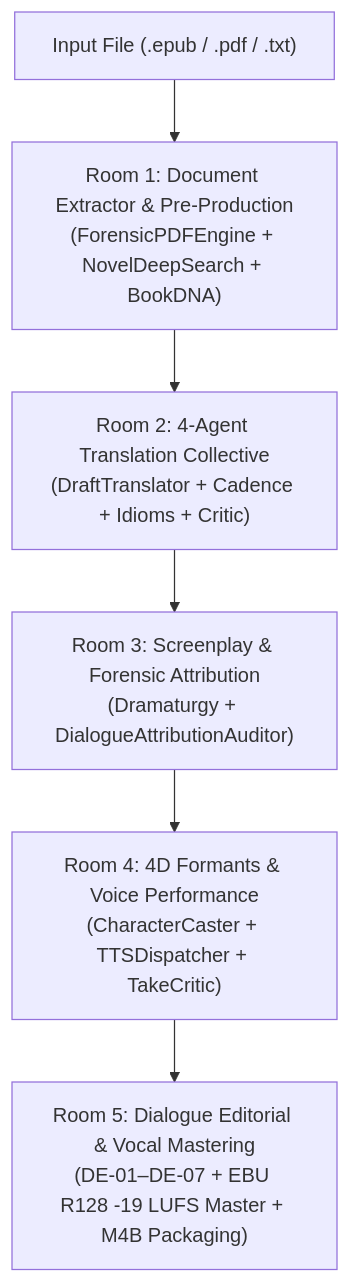
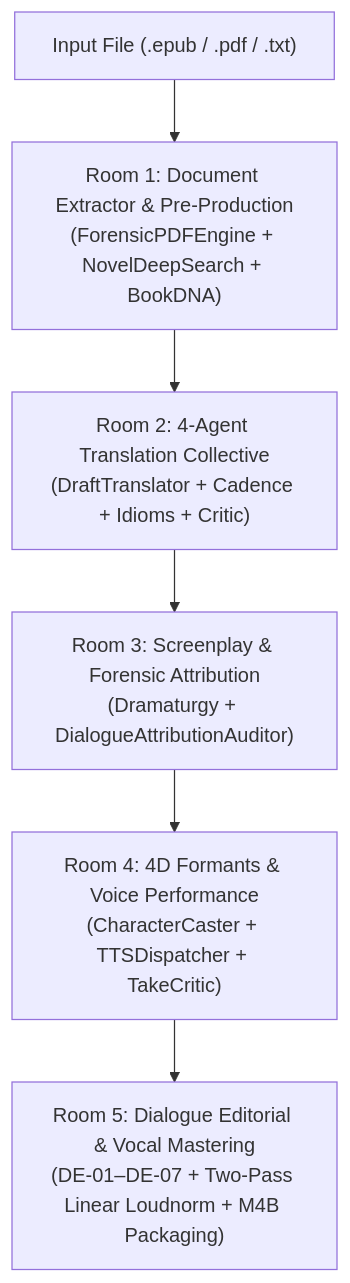
One commit to naksh-07/audiobook-maker changed the diagram in .agents/skills/novel-audiobook-factory/SKILL.md. Above: the diagram before and after it, drawn with Mermaid. The commit also changed other lines of this file and 33 other files, not shown here.

First line of the commit message:
feat(audio): upgrade studio performance and dsp mastering architecture to v5.0

````diff
--- a/.agents/skills/novel-audiobook-factory/SKILL.md
+++ b/.agents/skills/novel-audiobook-factory/SKILL.md
@@ -44,8 +44,8 @@
 ```mermaid
 flowchart TD
     A["Input File (.epub / .pdf / .txt)"] --> B["Room 1: Document Extractor & Pre-Production<br/>(ForensicPDFEngine + NovelDeepSearch + BookDNA)"]
     B --> C["Room 2: 4-Agent Translation Collective<br/>(DraftTranslator + Cadence + Idioms + Critic)"]
     C --> D["Room 3: Screenplay & Forensic Attribution<br/>(Dramaturgy + DialogueAttributionAuditor)"]
     D --> E["Room 4: 4D Formants & Voice Performance<br/>(CharacterCaster + TTSDispatcher + TakeCritic)"]
-    E --> F["Room 5: Dialogue Editorial & Vocal Mastering<br/>(DE-01–DE-07 + EBU R128 -19 LUFS Master + M4B Packaging)"]
+    E --> F["Room 5: Dialogue Editorial & Vocal Mastering<br/>(DE-01–DE-07 + Two-Pass Linear Loudnorm + M4B Packaging)"]
 ```
````
